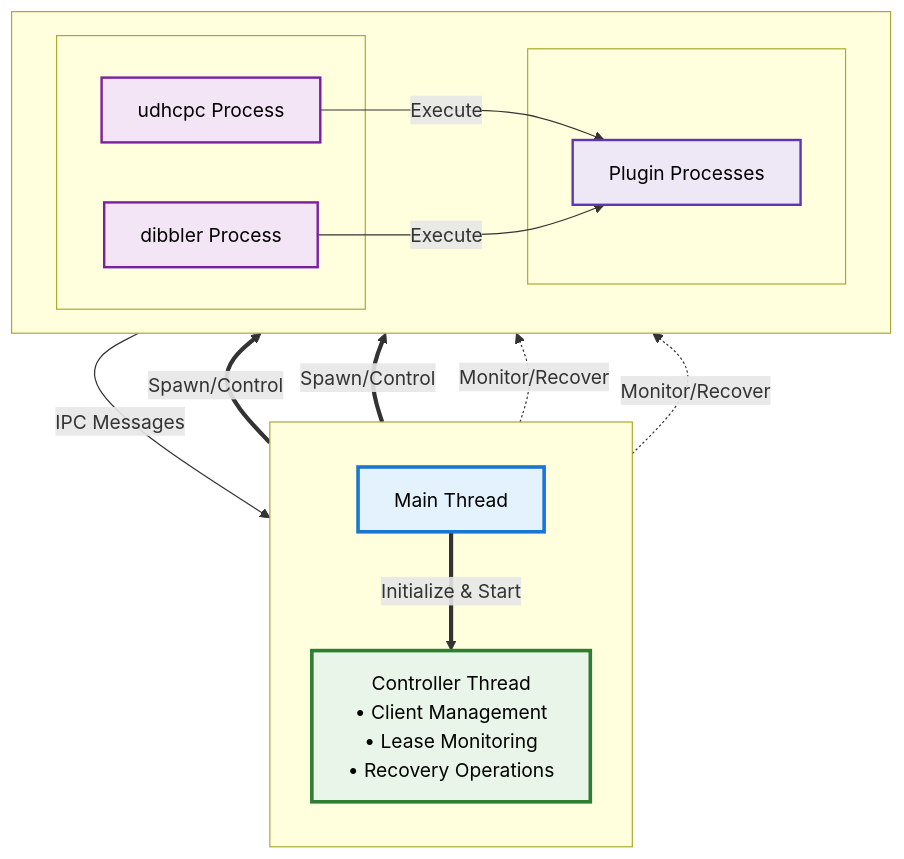
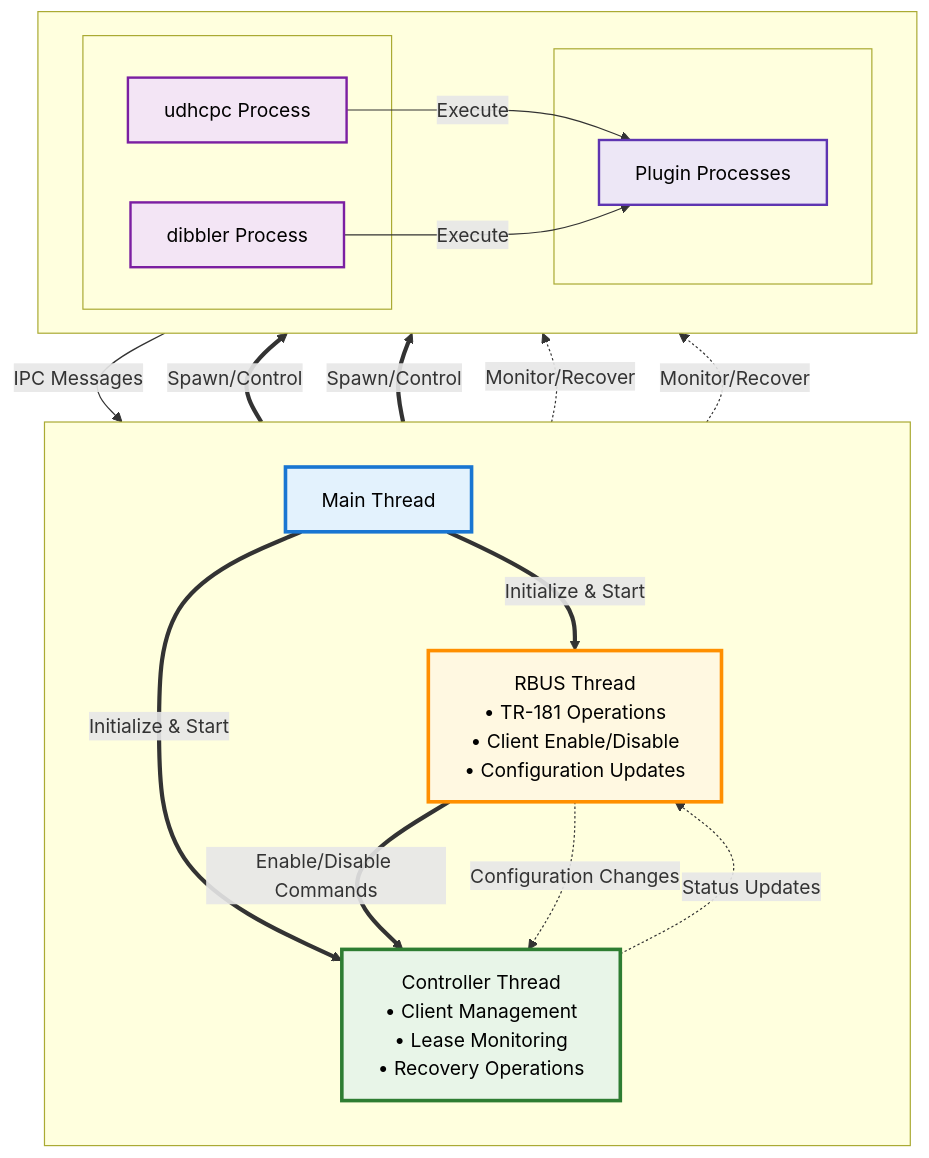
One commit to Amaresh-Kotekal/dhcp-manager changed the third of 7 diagrams in docs/architecture/component-diagram.md. Above: the diagram before and after it, drawn with Mermaid. The commit also changed other lines of this file, not shown here.

````diff
--- a/docs/architecture/component-diagram.md
+++ b/docs/architecture/component-diagram.md
@@ -158,48 +158,56 @@
 ```mermaid
 graph TB
     %% Main Process - Green theme
     subgraph PROCESS [" "]
         direction TB
         MAIN[Main Thread]:::mainStyle
+        RBUS_T[RBUS Thread<br/>• TR-181 Operations<br/>• Client Enable/Disable<br/>• Configuration Updates]:::rbusStyle
         CONTROLLER_T[Controller Thread<br/>• Client Management<br/>• Lease Monitoring<br/>• Recovery Operations]:::coreStyle
     end
     
     %% External Processes - Purple theme
     subgraph EXTERNAL [" "]
         direction LR
         subgraph CLIENTS [" "]
             UDHCPC_P[udhcpc Process]:::clientStyle
             DIBBLER_P[dibbler Process]:::clientStyle
         end
         subgraph PLUGINS [" "]
             PLUGIN_P[Plugin Processes]:::pluginStyle
         end
     end
     
     %% Thread coordination
+    MAIN ==>|Initialize & Start| RBUS_T
     MAIN ==>|Initialize & Start| CONTROLLER_T
+    
+    %% RBUS to Controller communication
+    RBUS_T ==>|Enable/Disable Commands| CONTROLLER_T
+    RBUS_T -.->|Configuration Changes| CONTROLLER_T
+    CONTROLLER_T -.->|Status Updates| RBUS_T
     
     %% Process management
     CONTROLLER_T ==>|Spawn/Control| UDHCPC_P
     CONTROLLER_T ==>|Spawn/Control| DIBBLER_P
     
     %% Plugin execution
     UDHCPC_P -->|Execute| PLUGIN_P
     DIBBLER_P -->|Execute| PLUGIN_P
     
     %% IPC communication (handled by controller)
     PLUGIN_P -->|IPC Messages| CONTROLLER_T
     
     %% Recovery operations (part of controller loop)
     CONTROLLER_T -.->|Monitor/Recover| UDHCPC_P
     CONTROLLER_T -.->|Monitor/Recover| DIBBLER_P
     
     %% Styling
     classDef mainStyle fill:#e3f2fd,stroke:#1976d2,stroke-width:3px,color:#000
+    classDef rbusStyle fill:#fff8e1,stroke:#ff8f00,stroke-width:3px,color:#000
     classDef coreStyle fill:#e8f5e8,stroke:#2e7d32,stroke-width:3px,color:#000
     classDef clientStyle fill:#f3e5f5,stroke:#7b1fa2,stroke-width:2px,color:#000
     classDef pluginStyle fill:#ede7f6,stroke:#5e35b1,stroke-width:2px,color:#000
     
     %% Group spacing
     PROCESS ~~~ EXTERNAL
 ```
````
